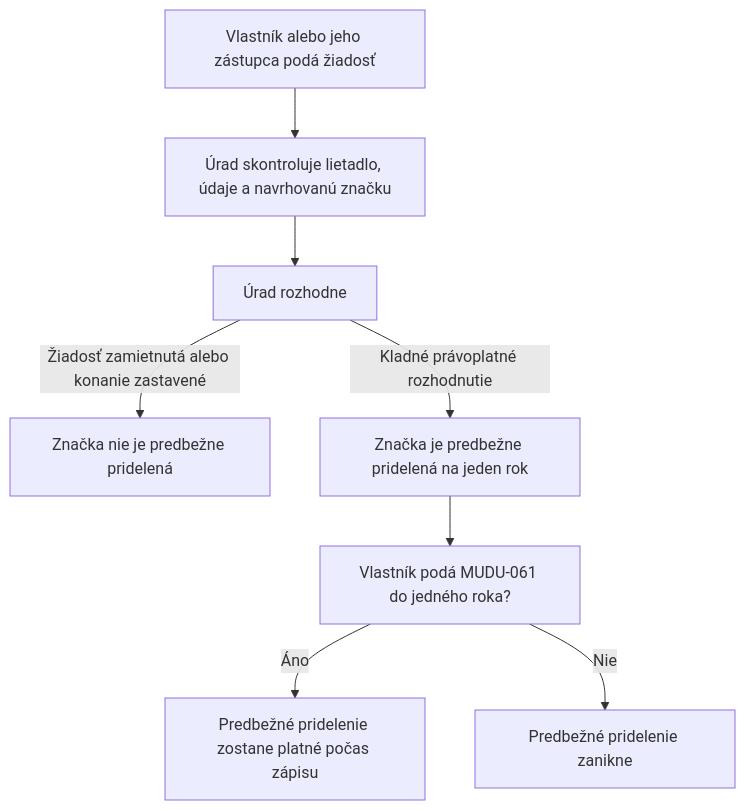
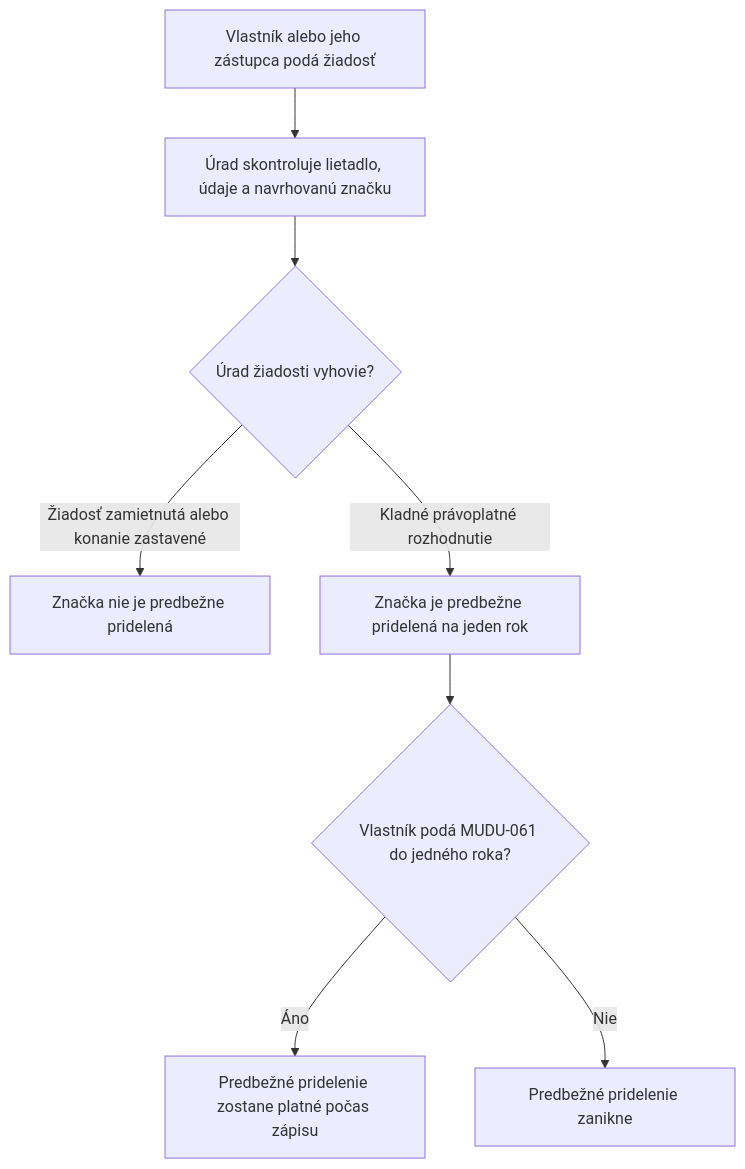
Before and after one commit to fixerivan/mudu-process-definition-standard: the diagram in examples/MUDU-060/graph.md, drawn with Mermaid. The commit also changed 10 other files, not shown here.

````diff
--- a/examples/MUDU-060/graph.md
+++ b/examples/MUDU-060/graph.md
@@ -8,10 +8,10 @@
 ```mermaid
 graph TD
     A["Vlastník alebo jeho zástupca podá žiadosť"] --> B["Úrad skontroluje lietadlo, údaje a navrhovanú značku"]
-    B --> C["Úrad rozhodne"]
+    B --> C{"Úrad žiadosti vyhovie?"}
     C -->|Žiadosť zamietnutá alebo konanie zastavené| X["Značka nie je predbežne pridelená"]
     C -->|Kladné právoplatné rozhodnutie| D["Značka je predbežne pridelená na jeden rok"]
-    D --> E["Vlastník podá MUDU-061 do jedného roka?"]
+    D --> E{"Vlastník podá MUDU-061 do jedného roka?"}
     E -->|Áno| F["Predbežné pridelenie zostane platné počas zápisu"]
     E -->|Nie| G["Predbežné pridelenie zanikne"]
 ```
````
